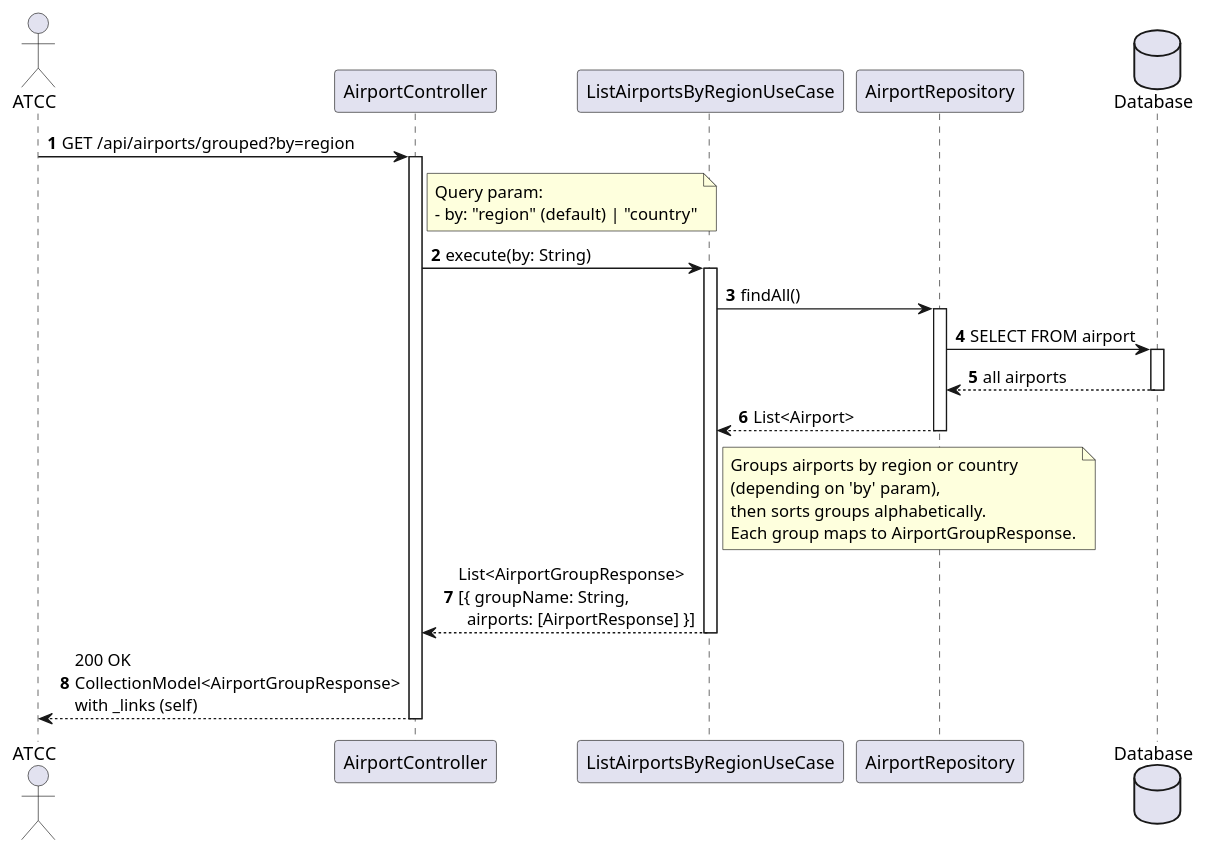
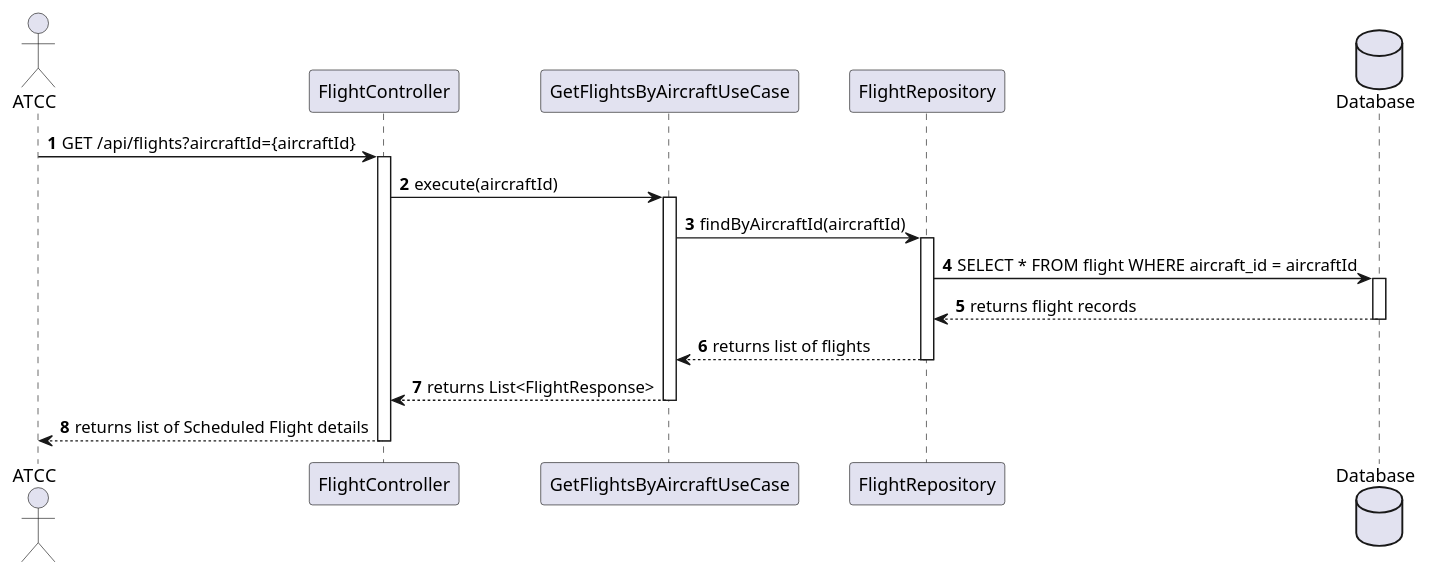
Before and after one commit to VascoMagolo/psoft_1231562_1241692_1242036_2db: the diagram in docs/system-documentation/use-cases/WP3B/US213/puml/sd_us213.puml, drawn with PlantUML. The commit also changed 56 other files, not shown here.

```diff
--- a/docs/system-documentation/use-cases/WP3B/US213/puml/sd_us213.puml
+++ b/docs/system-documentation/use-cases/WP3B/US213/puml/sd_us213.puml
@@ -1,41 +1,29 @@
 @startuml
 autonumber
-actor "ATCC" as ATCC
-participant "AirportController" as Ctrl
-participant "ListAirportsByRegionUseCase" as UC
-participant "AirportRepository" as Repo
+actor "ATCC" as BO
+participant "FlightController" as Ctrl
+participant "GetFlightsByAircraftUseCase" as UC
+participant "FlightRepository" as Repo
 database "Database" as DB
 
-ATCC -> Ctrl : GET /api/airports/grouped?by=region
+BO -> Ctrl : GET /api/flights?aircraftId={aircraftId}
 activate Ctrl
 
-note right of Ctrl
-  Query param:
-  - by: "region" (default) | "country"
-end note
-
-Ctrl -> UC : execute(by: String)
+Ctrl -> UC : execute(aircraftId)
 activate UC
 
-UC -> Repo : findAll()
+UC -> Repo : findByAircraftId(aircraftId)
 activate Repo
-Repo -> DB : SELECT FROM airport
+Repo -> DB : SELECT * FROM flight WHERE aircraft_id = aircraftId
 activate DB
-DB --> Repo : all airports
+DB --> Repo : returns flight records
 deactivate DB
-Repo --> UC : List<Airport>
+Repo --> UC : returns list of flights
 deactivate Repo
 
-note right of UC
-  Groups airports by region or country
-  (depending on 'by' param),
-  then sorts groups alphabetically.
-  Each group maps to AirportGroupResponse.
-end note
-
-UC --> Ctrl : List<AirportGroupResponse>\n[{ groupName: String,\n  airports: [AirportResponse] }]
+UC --> Ctrl : returns List<FlightResponse>
 deactivate UC
 
-Ctrl --> ATCC : 200 OK\nCollectionModel<AirportGroupResponse>\nwith _links (self)
+Ctrl --> BO : returns list of Scheduled Flight details
 deactivate Ctrl
 @enduml
```
